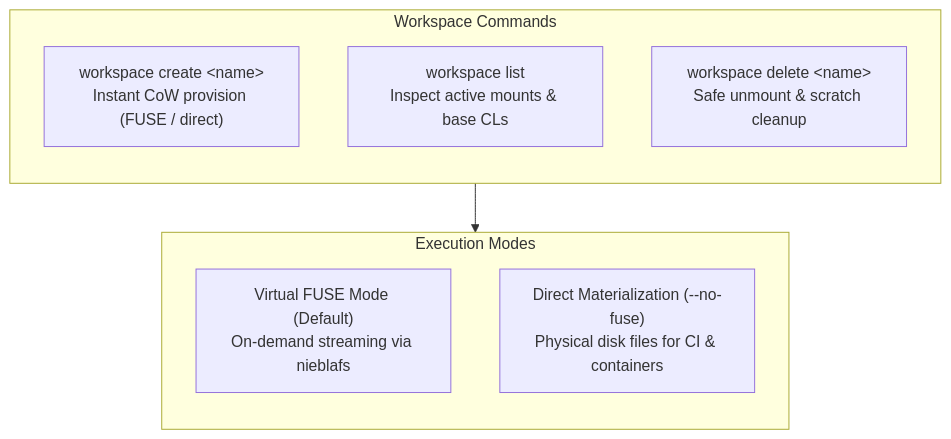
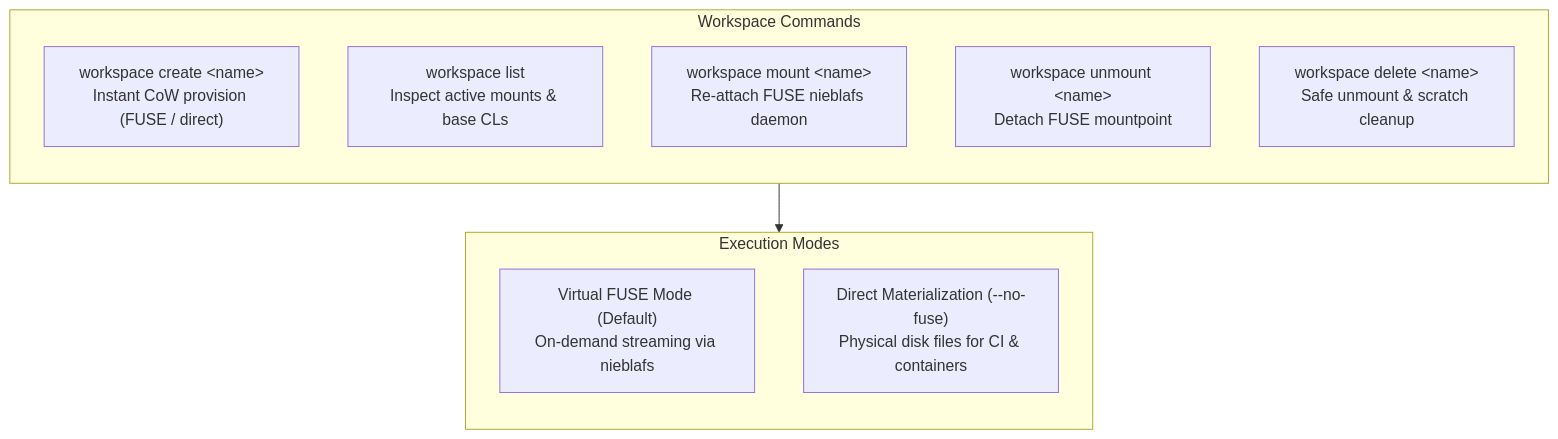
The first of 3 diagrams in docs-site/src/content/docs/reference/cli.md (mrtnzjsh/niebla), drawn with Mermaid before and after one commit. The commit also changed other lines of this file and 11 other files, not shown here.

Commit message:
feat(cli,docs): implement workspace mount/unmount and add Cotejo REST API reference

````diff
--- a/docs-site/src/content/docs/reference/cli.md
+++ b/docs-site/src/content/docs/reference/cli.md
@@ -43,17 +43,19 @@
 ```mermaid
 flowchart TD
     subgraph Commands["Workspace Commands"]
         direction TB
         C1["workspace create &lt;name&gt;<br/>Instant CoW provision (FUSE / direct)"]
         C2["workspace list<br/>Inspect active mounts &amp; base CLs"]
-        C3["workspace delete &lt;name&gt;<br/>Safe unmount &amp; scratch cleanup"]
+        C3["workspace mount &lt;name&gt;<br/>Re-attach FUSE nieblafs daemon"]
+        C4["workspace unmount &lt;name&gt;<br/>Detach FUSE mountpoint"]
+        C5["workspace delete &lt;name&gt;<br/>Safe unmount &amp; scratch cleanup"]
     end
 
     subgraph Modes["Execution Modes"]
         direction TB
         M1["Virtual FUSE Mode (Default)<br/>On-demand streaming via nieblafs"]
         M2["Direct Materialization (--no-fuse)<br/>Physical disk files for CI &amp; containers"]
     end
 
     Commands --> Modes
 ```
````
